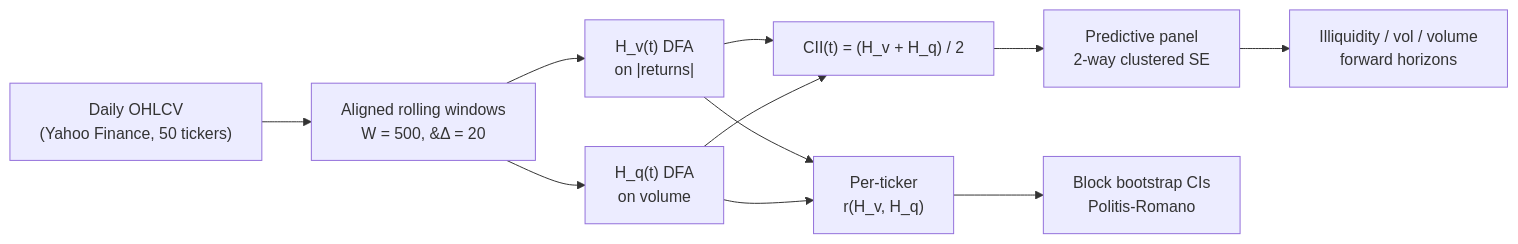
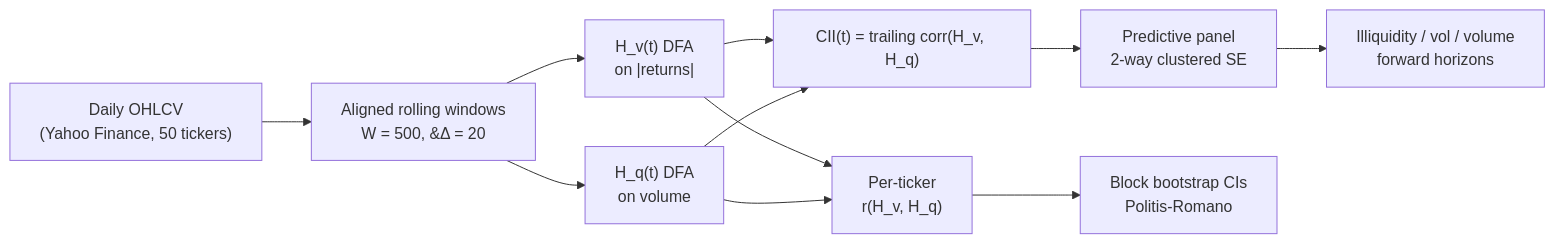
The diagram in README.md (mhdk1602/fractal-pv-dashboard), drawn with Mermaid before and after one commit. The commit also changed other lines of this file, not shown here.

````diff
--- a/README.md
+++ b/README.md
@@ -55,13 +55,13 @@
 ```mermaid
 flowchart LR
     R["Daily OHLCV<br/>(Yahoo Finance, 50 tickers)"] --> A["Aligned rolling windows<br/>W = 500, &#916; = 20"]
     A --> H1["H_v(t) DFA<br/>on |returns|"]
     A --> H2["H_q(t) DFA<br/>on volume"]
-    H1 --> C["CII(t) = (H_v + H_q) / 2"]
+    H1 --> C["CII(t) = trailing corr(H_v, H_q)"]
     H2 --> C
     H1 --> P["Per-ticker<br/>r(H_v, H_q)"]
     H2 --> P
     C --> X["Predictive panel<br/>2-way clustered SE"]
     X --> O["Illiquidity / vol / volume<br/>forward horizons"]
     P --> B["Block bootstrap CIs<br/>Politis-Romano"]
 ```
````
